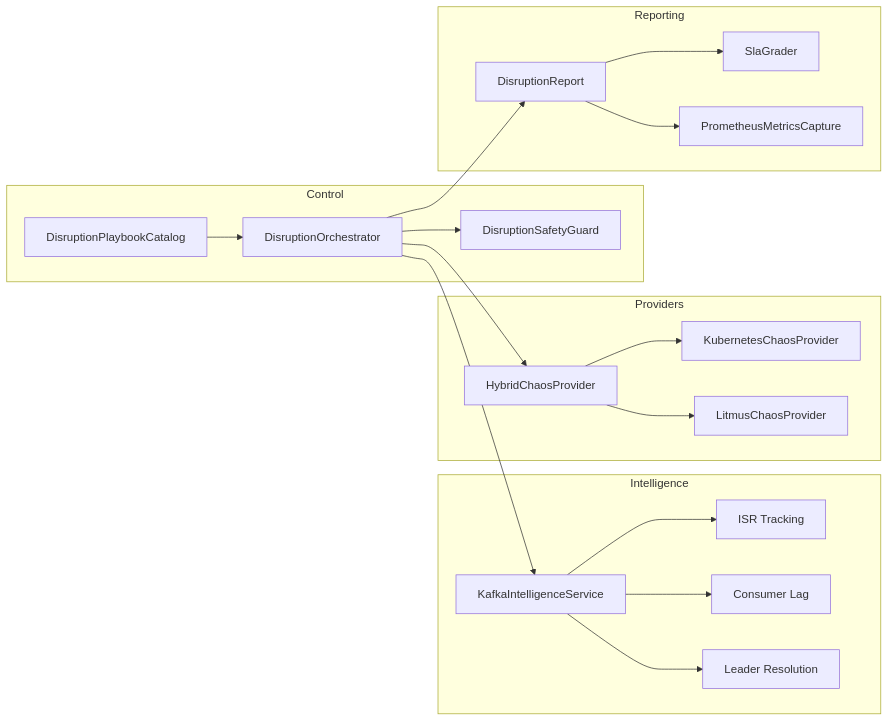
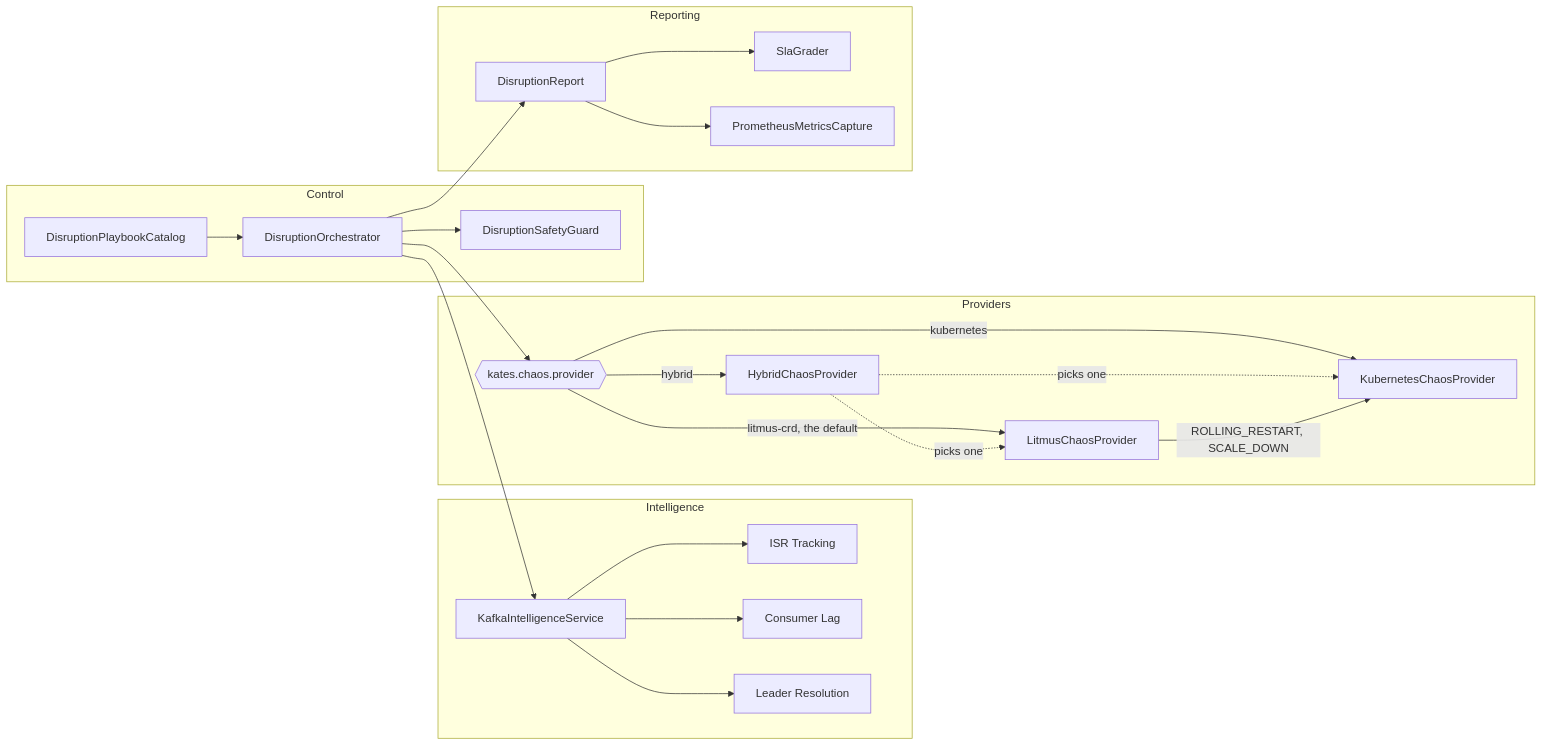
The fourth of 8 diagrams in docs/book/02-architecture.md (actions-marketplace-validations/bmscomp_kates), drawn with Mermaid before and after one commit. The commit also changed other lines of this file and 5 other files, not shown here.

First line of the commit message:
docs(book): one home per concept for Parts I–II — what Kates is made of, the D6 terms, and Glossary links at first use (#225)

````diff
--- a/docs/book/02-architecture.md
+++ b/docs/book/02-architecture.md
@@ -163,40 +175,48 @@
 ```mermaid
+%%| label: fig-architecture-disruption-engine
+%%| fig-cap: "A disruption plan's orchestrator checks the plan, reads Kafka's state, and hands every fault to the one chaos provider that kates.chaos.provider selects."
+%%| fig-alt: "Flowchart in four groups. Control: the playbook catalog feeds the disruption orchestrator, which calls the safety guard. Intelligence: the Kafka intelligence service provides ISR tracking, consumer lag and leader resolution. Providers: the setting kates.chaos.provider selects the Litmus provider by default, the Kubernetes provider, or the hybrid provider, which picks one of the two; the Litmus provider sends ROLLING_RESTART and SCALE_DOWN to the Kubernetes provider. Reporting: the orchestrator writes a disruption report, graded by the SLA grader and fed by the Prometheus metrics capture."
 graph LR
     subgraph Control
         DO[DisruptionOrchestrator]
         DSG[DisruptionSafetyGuard]
         DPC[DisruptionPlaybookCatalog]
     end
     
     subgraph Intelligence
         KIS[KafkaIntelligenceService]
         ISR[ISR Tracking]
         LAG[Consumer Lag]
         LEAD[Leader Resolution]
     end
     
     subgraph Providers
+        CP{{kates.chaos.provider}}
         HCP[HybridChaosProvider]
         KCP[KubernetesChaosProvider]
         LCP[LitmusChaosProvider]
     end
     
     subgraph Reporting
         DR[DisruptionReport]
         SG[SlaGrader]
         PMC[PrometheusMetricsCapture]
     end
     
     DO --> DSG
     DO --> KIS
-    DO --> HCP
+    DO --> CP
     DO --> DR
     DPC --> DO
     KIS --> ISR
     KIS --> LAG
     KIS --> LEAD
-    HCP --> KCP
-    HCP --> LCP
+    CP -->|"litmus-crd, the default"| LCP
+    CP -->|kubernetes| KCP
+    CP -->|hybrid| HCP
+    HCP -.->|picks one| LCP
+    HCP -.->|picks one| KCP
+    LCP -->|"ROLLING_RESTART, SCALE_DOWN"| KCP
     DR --> SG
     DR --> PMC
 ```
````
